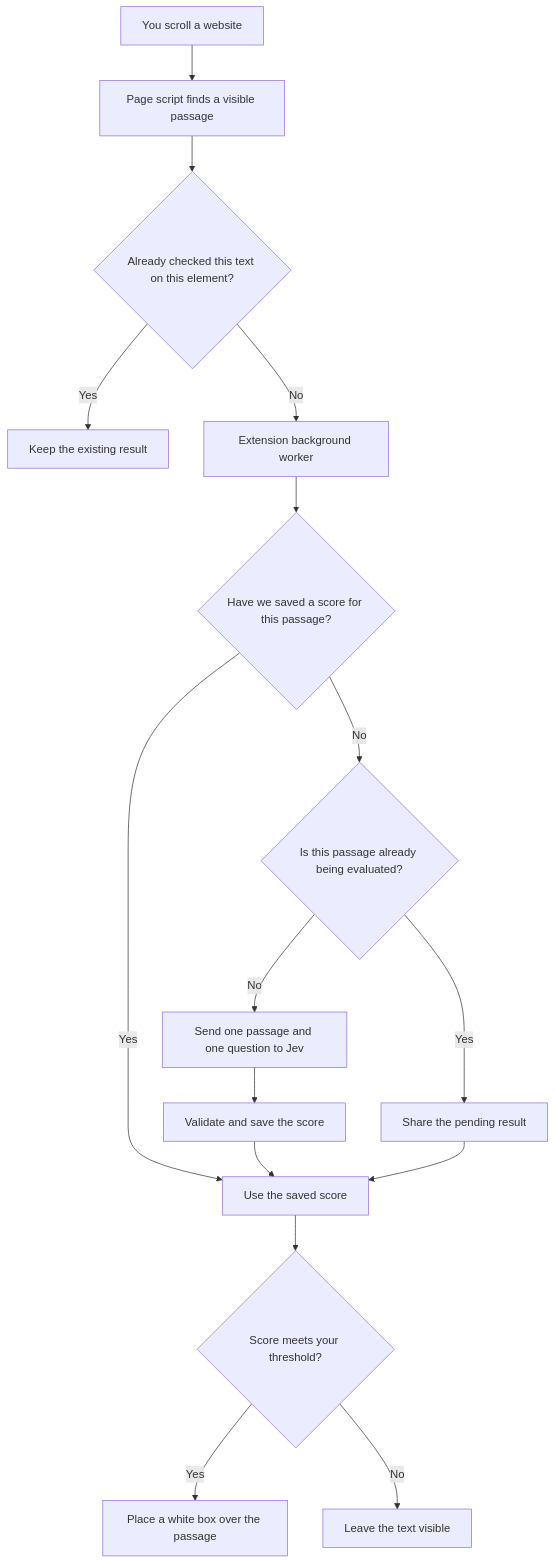
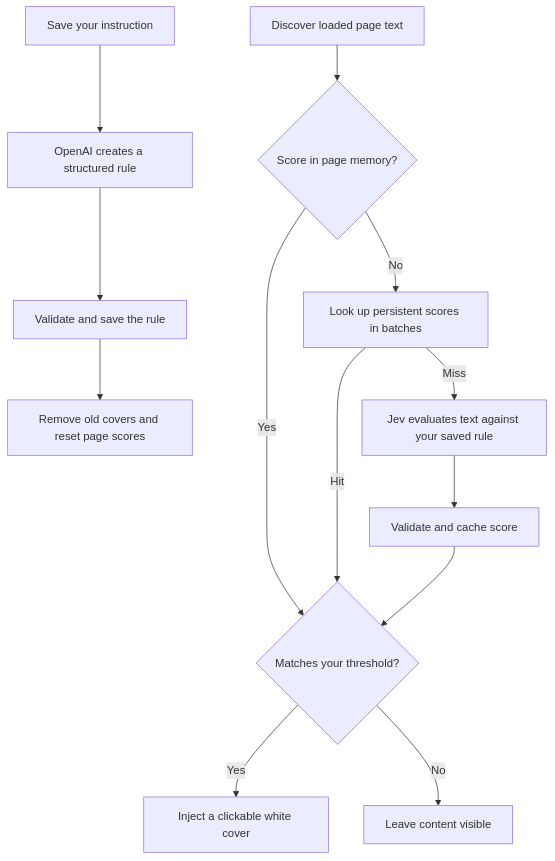
One commit to rishiv7/content-blocker changed the diagram in README.md. Above: the diagram before and after it, drawn with Mermaid. The commit also changed other lines of this file and 20 other files, not shown here.

Commit message:
Build Content Blocker with custom OpenAI rules and page-wide caching

````diff
--- a/README.md
+++ b/README.md
@@ -40,18 +36,15 @@
 ```mermaid
 flowchart TD
-    Page[You scroll a website] --> Reader[Page script finds a visible passage]
-    Reader --> Seen{Already checked this text on this element?}
-    Seen -->|Yes| Skip[Keep the existing result]
-    Seen -->|No| Worker[Extension background worker]
-    Worker --> Cache{Have we saved a score for this passage?}
-    Cache -->|Yes| Score[Use the saved score]
-    Cache -->|No| Pending{Is this passage already being evaluated?}
-    Pending -->|Yes| Wait[Share the pending result]
-    Pending -->|No| Jev[Send one passage and one question to Jev]
-    Jev --> Save[Validate and save the score]
-    Save --> Score
-    Wait --> Score
-    Score --> Threshold{Score meets your threshold?}
-    Threshold -->|Yes| Cover[Place a white box over the passage]
-    Threshold -->|No| Keep[Leave the text visible]
+    Input[Save your instruction] --> OpenAI[OpenAI creates a structured rule]
+    OpenAI --> Saved[Validate and save the rule]
+    Saved --> Reset[Remove old covers and reset page scores]
+    Page[Discover loaded page text] --> Memory{Score in page memory?}
+    Memory -->|Yes| Threshold{Matches your threshold?}
+    Memory -->|No| Cache[Look up persistent scores in batches]
+    Cache -->|Hit| Threshold
+    Cache -->|Miss| Jev[Jev evaluates text against your saved rule]
+    Jev --> Persist[Validate and cache score]
+    Persist --> Threshold
+    Threshold -->|Yes| Cover[Inject a clickable white cover]
+    Threshold -->|No| Visible[Leave content visible]
 ```
````
